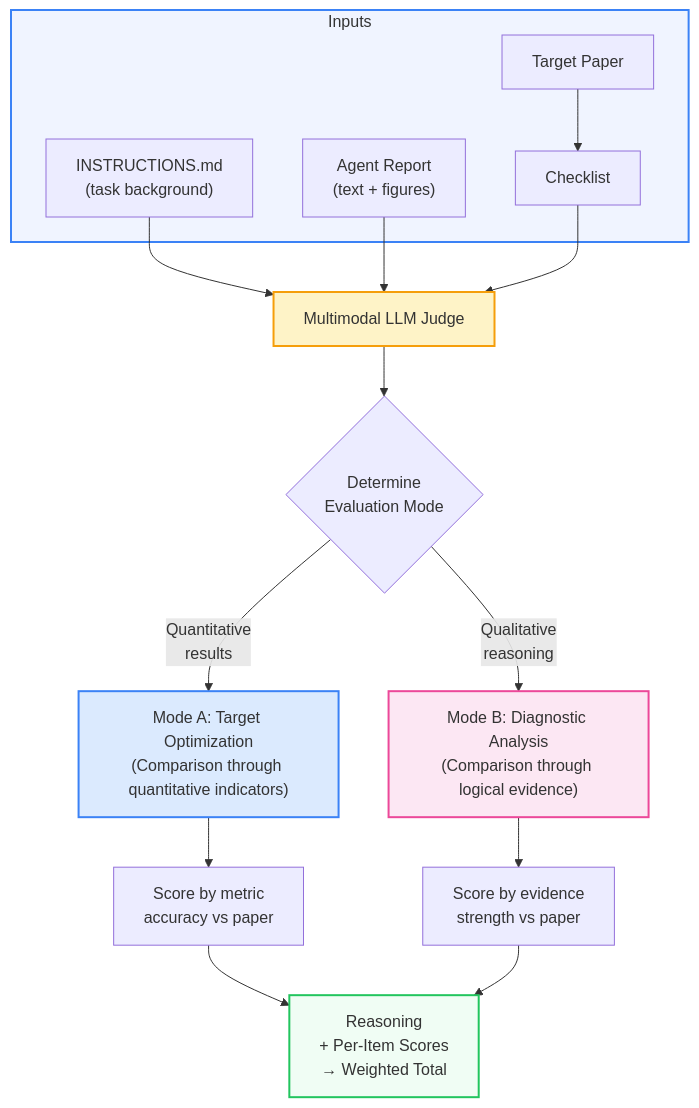
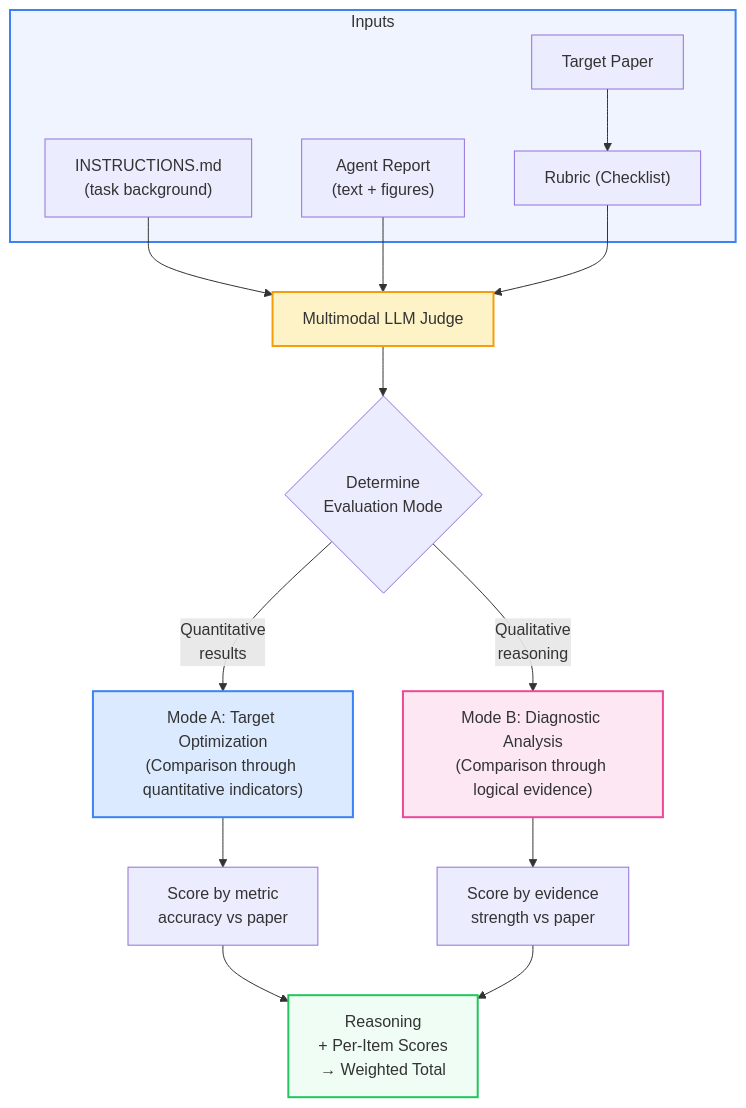
One commit to glicerico/ResearchClawBench changed the third of 3 diagrams in README.md. Above: the diagram before and after it, drawn with Mermaid. The commit also changed other lines of this file and 3 other files, not shown here.

````diff
--- a/README.md
+++ b/README.md
@@ -162,28 +162,28 @@
 ```mermaid
 flowchart TD
     subgraph Inputs
         I["INSTRUCTIONS.md\n(task background)"]
         R["Agent Report\n(text + figures)"]
         TP["Target Paper"]
-        CL["Checklist"]
+        CL["Rubric (Checklist)"]
     end
 
     TP --> CL
     I & R & CL --> J["Multimodal LLM Judge"]
 
     J --> DET{"Determine\nEvaluation Mode"}
 
     DET -->|"Quantitative\nresults"| OBJ["Mode A: Target Optimization\n(Comparison through quantitative indicators)"]
     DET -->|"Qualitative\nreasoning"| SUB["Mode B: Diagnostic Analysis\n(Comparison through logical evidence)"]
 
     OBJ --> SO["Score by metric\naccuracy vs paper"]
     SUB --> SS["Score by evidence\nstrength vs paper"]
 
     SO & SS --> T["Reasoning\n+ Per-Item Scores\n→ Weighted Total"]
 
     style Inputs fill:#f0f4ff,stroke:#3b82f6,stroke-width:2px
     style J fill:#fef3c7,stroke:#f59e0b,stroke-width:2px
     style OBJ fill:#dbeafe,stroke:#3b82f6,stroke-width:2px
     style SUB fill:#fce7f3,stroke:#ec4899,stroke-width:2px
     style T fill:#f0fdf4,stroke:#22c55e,stroke-width:2px
 ```
````
